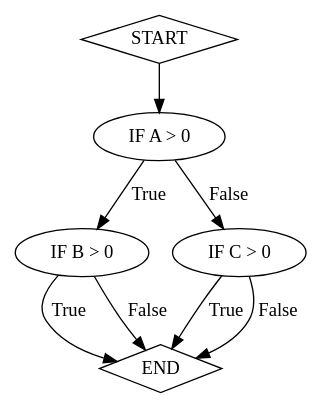
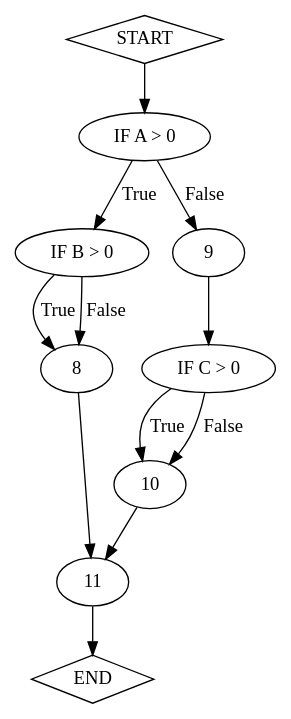
Before and after one commit to CelineDknp/SemiParsingCFG: the diagram in if_nested_both_branch_test_file.COB.gv, drawn with Graphviz. The commit also changed 56 other files, not shown here.

```diff
--- a/if_nested_both_branch_test_file.COB.gv
+++ b/if_nested_both_branch_test_file.COB.gv
@@ -1,19 +1,27 @@
 digraph "if_nested_both_branch_test_file.COB" {
 	node [shape=diamond]
 	7 [label=START]
 	node [shape=ellipse]
 	0 [label="IF A > 0"]
 	node [shape=ellipse]
 	1 [label="IF B > 0"]
+	8 [label=8]
+	9 [label=9]
 	node [shape=ellipse]
 	4 [label="IF C > 0"]
+	10 [label=10]
+	11 [label=11]
 	node [shape=diamond]
 	12 [label=END]
 	7 -> 0
 	0 -> 1 [label=True]
-	0 -> 4 [label=False]
-	1 -> 12 [label=True]
-	1 -> 12 [label=False]
-	4 -> 12 [label=True]
-	4 -> 12 [label=False]
+	0 -> 9 [label=False]
+	1 -> 8 [label=True]
+	1 -> 8 [label=False]
+	8 -> 11
+	9 -> 4
+	4 -> 10 [label=True]
+	4 -> 10 [label=False]
+	10 -> 11
+	11 -> 12
 }
```
